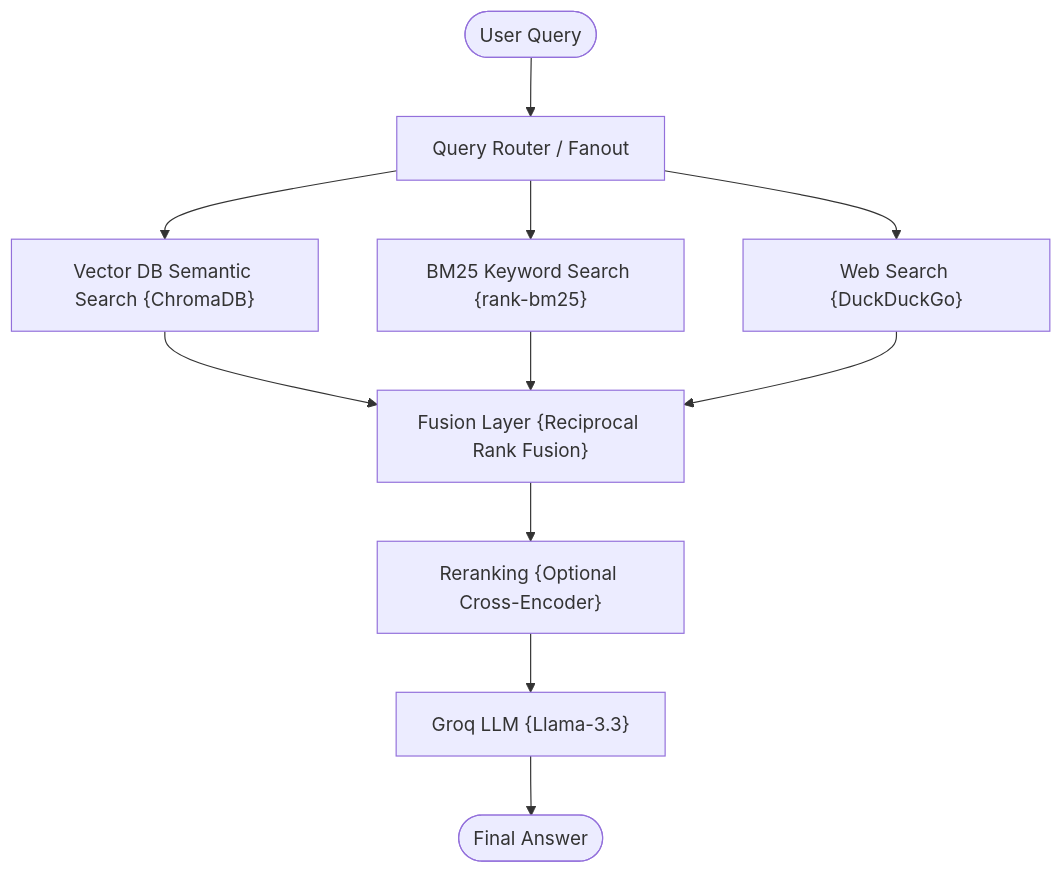
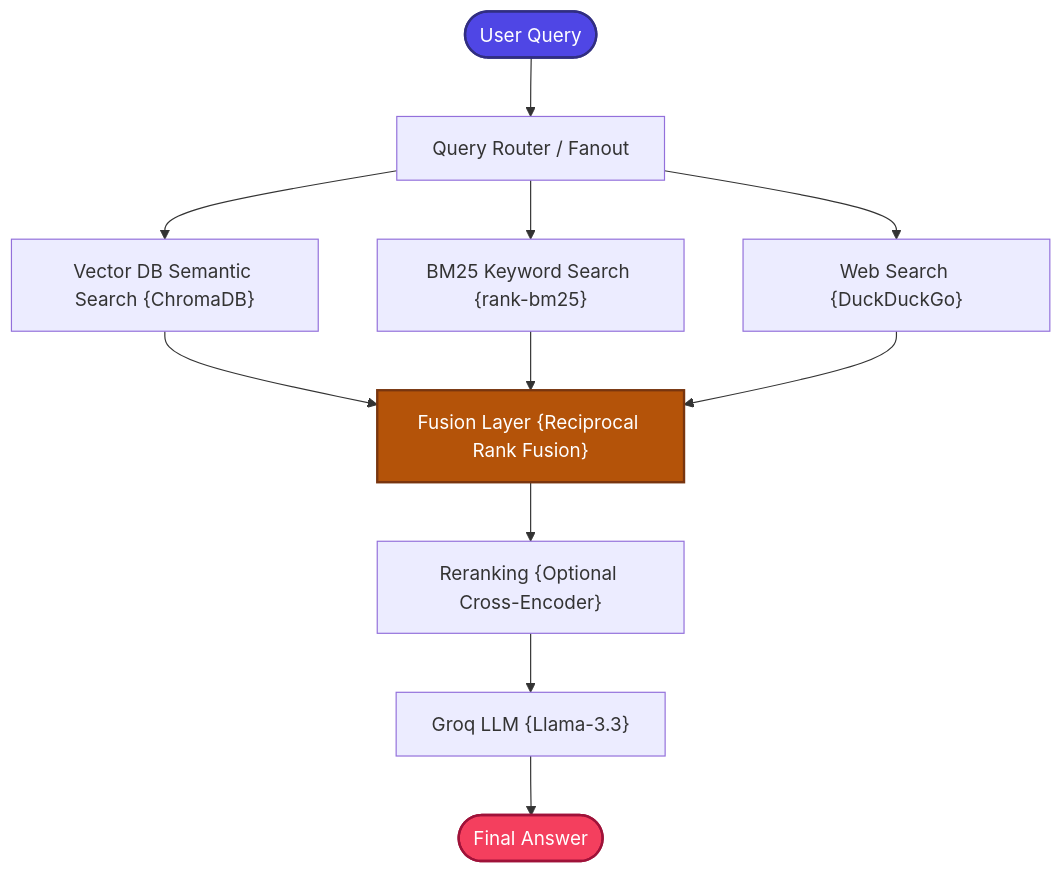
The diagram in 06_MultiSource_RAG/README.md (mohd-faizy/RAG-Design-Patterns), drawn with Mermaid before and after one commit. The commit also changed 18 other files, not shown here.

````diff
--- a/06_MultiSource_RAG/README.md
+++ b/06_MultiSource_RAG/README.md
@@ -26,16 +26,20 @@
 ```mermaid
 graph TD
     Query([User Query]) --> Router[Query Router / Fanout]
     
     Router --> Vector["Vector DB Semantic Search {ChromaDB}"]
     Router --> BM25["BM25 Keyword Search {rank-bm25}"]
     Router --> WebSearch["Web Search {DuckDuckGo}"]
     
     Vector --> Fusion["Fusion Layer {Reciprocal Rank Fusion}"]
     BM25 --> Fusion
     WebSearch --> Fusion
     
     Fusion --> Rerank["Reranking {Optional Cross-Encoder}"]
     Rerank --> Groq["Groq LLM {Llama-3.3}"]
     Groq --> FinalAnswer([Final Answer])
+
+    style Query fill:#4F46E5,stroke:#312E81,stroke-width:2px,color:#fff
+    style FinalAnswer fill:#F43F5E,stroke:#9F1239,stroke-width:2px,color:#fff
+    style Fusion fill:#B45309,stroke:#78350F,stroke-width:2px,color:#fff
 ```
````
